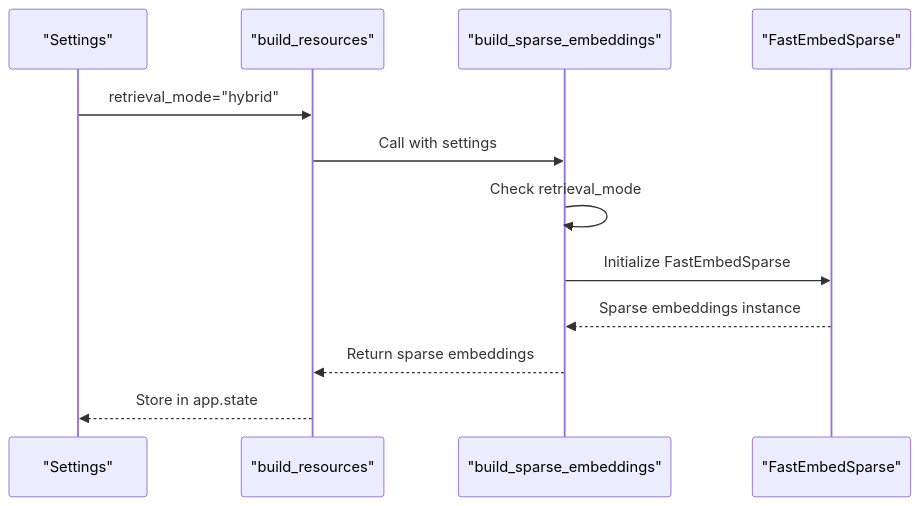
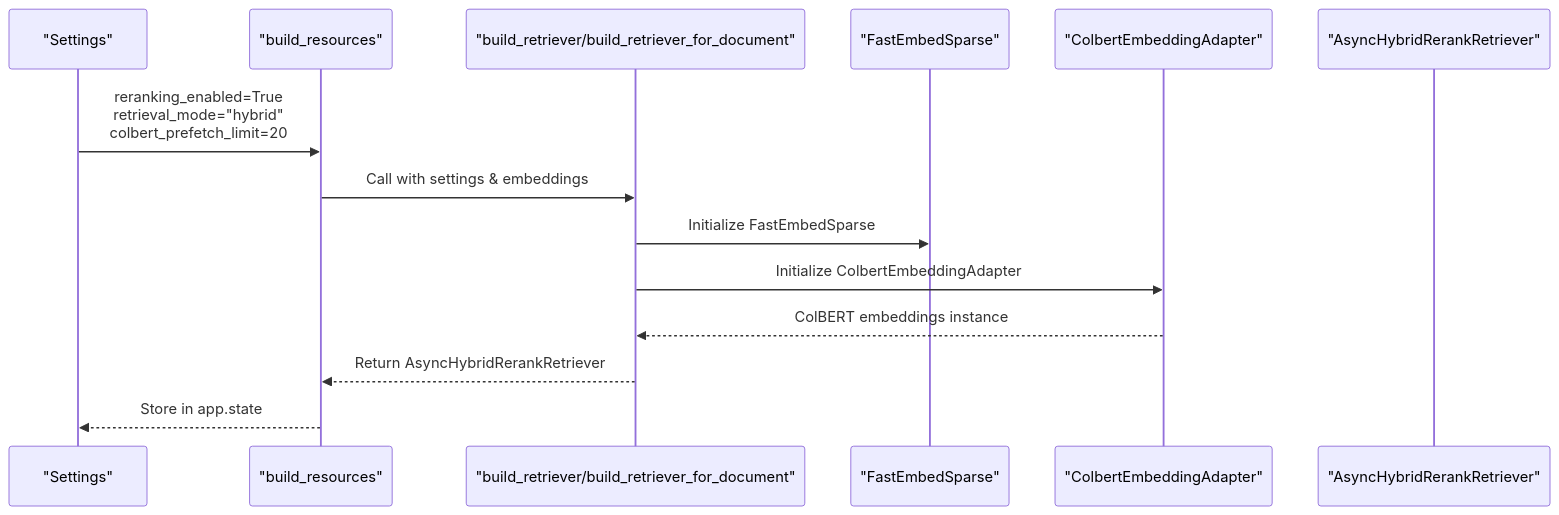
The seventh of 15 diagrams in .qoder/repowiki/en/content/RAG Integration/RAG Parser Enhancement.md (ognelis/cafetera_hr_bot), drawn with Mermaid before and after one commit. The commit also changed other lines of this file and 27 other files, not shown here.

Commit message:
CAFETERA-42 hybrid rerank search

````diff
--- a/.qoder/repowiki/en/content/RAG Integration/RAG Parser Enhancement.md
+++ b/.qoder/repowiki/en/content/RAG Integration/RAG Parser Enhancement.md
@@ -406,14 +430,16 @@
 ```mermaid
 sequenceDiagram
 participant Settings as "Settings"
 participant Resources as "build_resources"
-participant Retriever as "build_sparse_embeddings"
+participant Retriever as "build_retriever/build_retriever_for_document"
 participant Sparse as "FastEmbedSparse"
-Settings->>Resources : retrieval_mode="hybrid"
-Resources->>Retriever : Call with settings
-Retriever->>Retriever : Check retrieval_mode
+participant ColBERT as "ColbertEmbeddingAdapter"
+participant Hybrid as "AsyncHybridRerankRetriever"
+Settings->>Resources : reranking_enabled=True<br/>retrieval_mode="hybrid"<br/>colbert_prefetch_limit=20
+Resources->>Retriever : Call with settings & embeddings
 Retriever->>Sparse : Initialize FastEmbedSparse
-Sparse-->>Retriever : Sparse embeddings instance
-Retriever-->>Resources : Return sparse embeddings
+Retriever->>ColBERT : Initialize ColbertEmbeddingAdapter
+ColBERT-->>Retriever : ColBERT embeddings instance
+Retriever-->>Resources : Return AsyncHybridRerankRetriever
 Resources-->>Settings : Store in app.state
 ```
````
